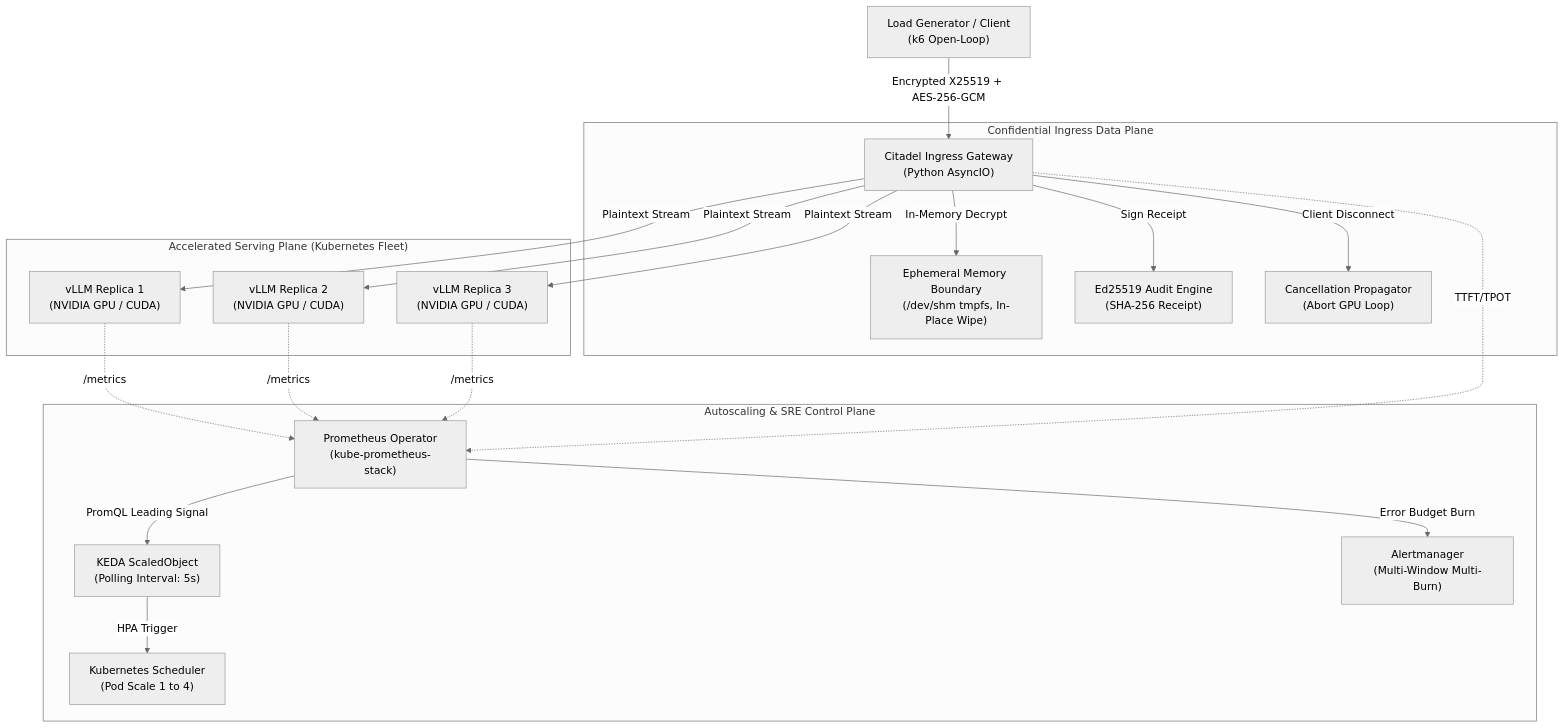
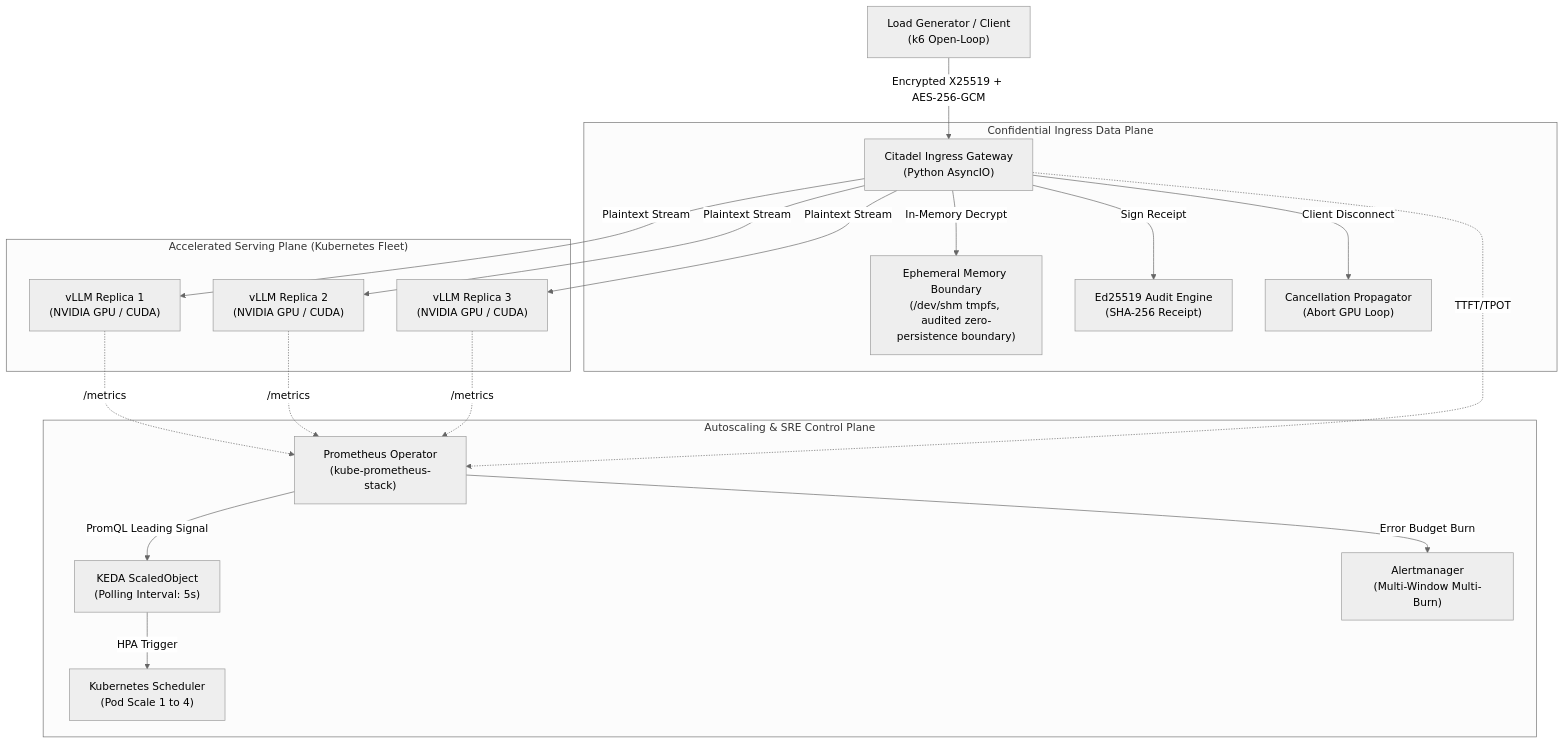
The diagram in README.md (srinivassarkar/secure-llm-inference-platform), drawn with Mermaid (neutral theme) before and after one commit. The commit also changed other lines of this file and 1 other file, not shown here.

Commit message:
docs: align readme with blueprint on zero-persistence, predictive autoscaling, and evidence classifications

````diff
--- a/README.md
+++ b/README.md
@@ -35,26 +34,26 @@
 ```mermaid
 flowchart TD
     CL["Load Generator / Client<br/>(k6 Open-Loop)"] -->|Encrypted X25519 + AES-256-GCM| GW["Citadel Ingress Gateway<br/>(Python AsyncIO)"]
     
     subgraph DataPlane ["Confidential Ingress Data Plane"]
-        GW -->|In-Memory Decrypt| SHM["Ephemeral Memory Boundary<br/>(/dev/shm tmpfs, In-Place Wipe)"]
+        GW -->|In-Memory Decrypt| SHM["Ephemeral Memory Boundary<br/>(/dev/shm tmpfs, audited zero-persistence boundary)"]
         GW -->|Sign Receipt| SIG["Ed25519 Audit Engine<br/>(SHA-256 Receipt)"]
         GW -->|Client Disconnect| CN["Cancellation Propagator<br/>(Abort GPU Loop)"]
     end
     
     subgraph InferencePlane ["Accelerated Serving Plane (Kubernetes Fleet)"]
         GW -->|Plaintext Stream| V1["vLLM Replica 1<br/>(NVIDIA GPU / CUDA)"]
         GW -->|Plaintext Stream| V2["vLLM Replica 2<br/>(NVIDIA GPU / CUDA)"]
         GW -->|Plaintext Stream| V3["vLLM Replica 3<br/>(NVIDIA GPU / CUDA)"]
     end
     
     subgraph ControlPlane ["Autoscaling & SRE Control Plane"]
         V1 -. /metrics .-> PR["Prometheus Operator<br/>(kube-prometheus-stack)"]
         V2 -. /metrics .-> PR
         V3 -. /metrics .-> PR
         GW -. TTFT/TPOT .-> PR
         PR -->|PromQL Leading Signal| KD["KEDA ScaledObject<br/>(Polling Interval: 5s)"]
         KD -->|HPA Trigger| KS["Kubernetes Scheduler<br/>(Pod Scale 1 to 4)"]
         PR -->|Error Budget Burn| AM["Alertmanager<br/>(Multi-Window Multi-Burn)"]
     end
 ```
````
